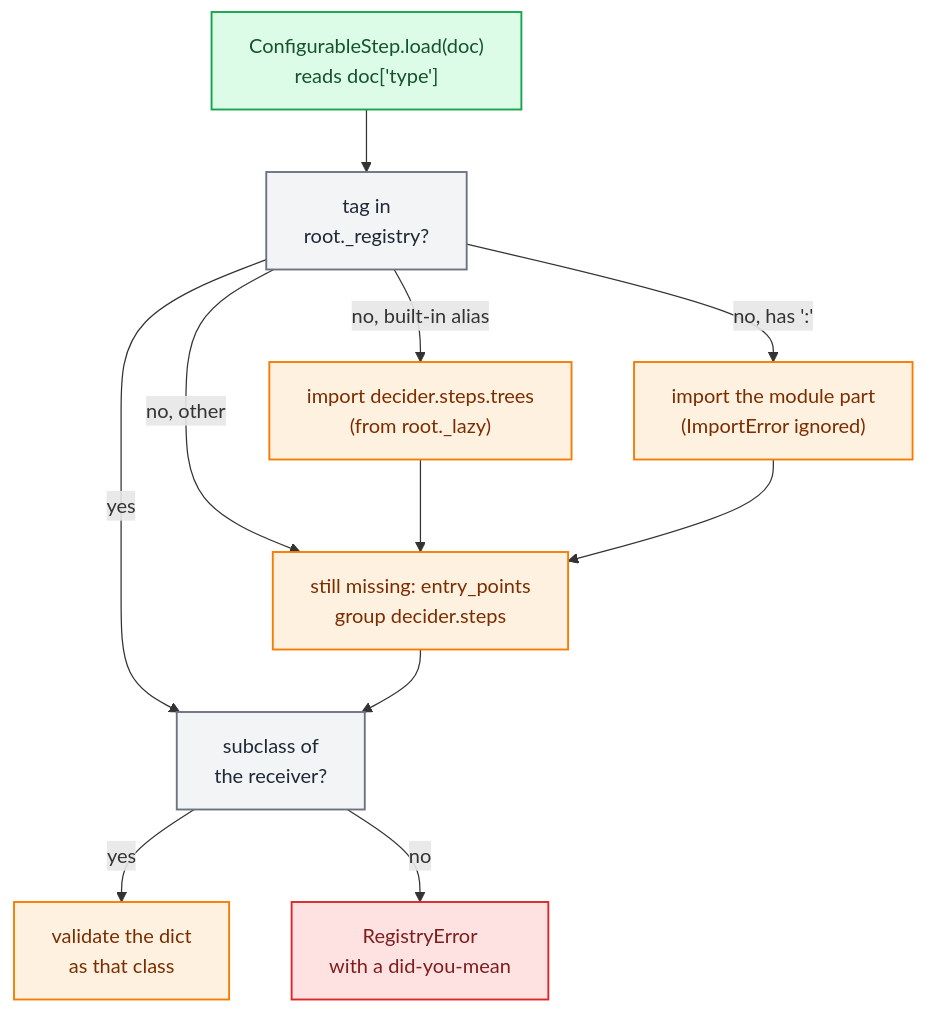
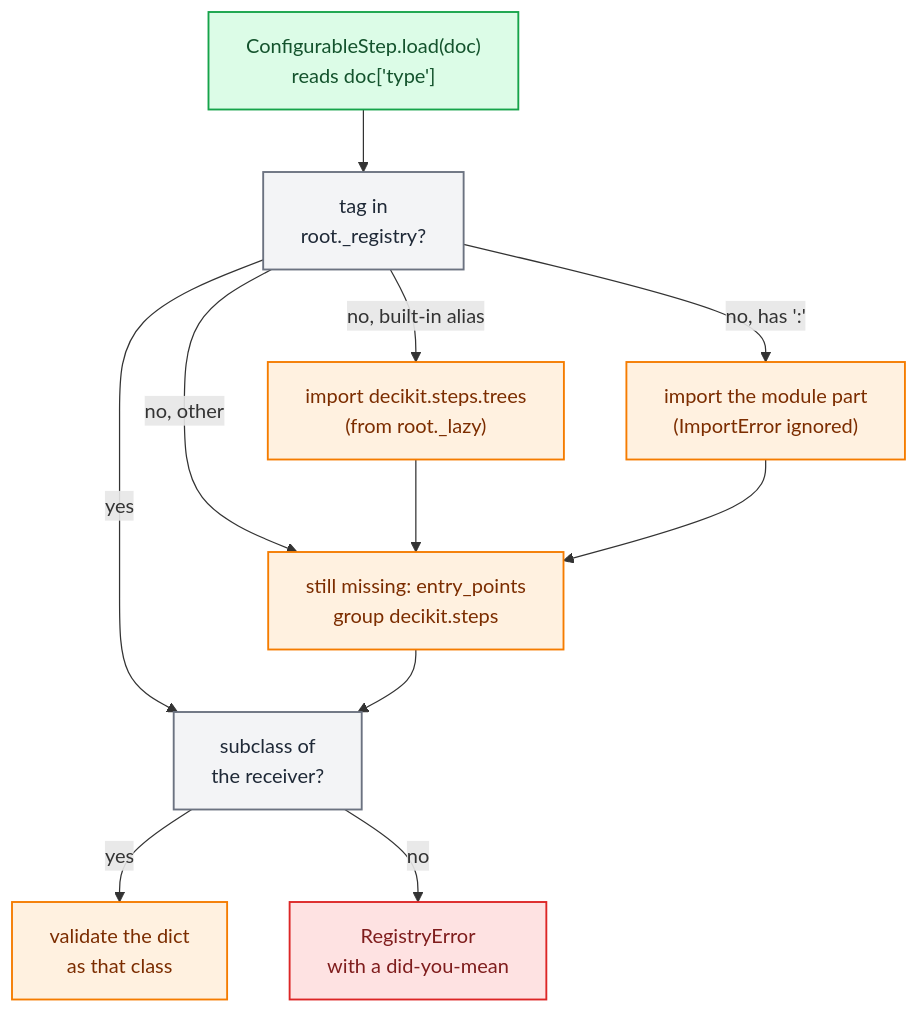
One commit to capitec/dsp-decision-engine changed the second of 2 diagrams in docs/architecture/configurable-steps/index.md. Above: the diagram before and after it, drawn with Mermaid. The commit also changed other lines of this file and 1292 other files, not shown here.

Commit message:
rename decider to decikit: package, CLI, DECIKIT_* settings, plugin, extension, docs prose says decider toolkit

````diff
--- a/docs/architecture/configurable-steps/index.md
+++ b/docs/architecture/configurable-steps/index.md
@@ -167,21 +167,21 @@
 ```mermaid
 flowchart TD
     load["ConfigurableStep.load(doc)<br/>reads doc['type']"] --> hit["tag in<br/>root._registry?"]
-    hit -- "no, built-in alias" --> imp1["import decider.steps.trees<br/>(from root._lazy)"]
+    hit -- "no, built-in alias" --> imp1["import decikit.steps.trees<br/>(from root._lazy)"]
     hit -- "no, has ':'" --> imp2["import the module part<br/>(ImportError ignored)"]
     hit -- "no, other" --> eps
-    imp1 --> eps["still missing: entry_points<br/>group decider.steps"]
+    imp1 --> eps["still missing: entry_points<br/>group decikit.steps"]
     imp2 --> eps
     hit -- yes --> sub["subclass of<br/>the receiver?"]
     eps --> sub
     sub -- yes --> cls["validate the dict<br/>as that class"]
     sub -- no --> err["RegistryError<br/>with a did-you-mean"]
     classDef data fill:#dcfce7,stroke:#16a34a,color:#14532d,stroke-width:1.5px;
     classDef neutral fill:#f3f4f6,stroke:#6b7280,color:#1f2937,stroke-width:1.5px;
     classDef authoring fill:#fff1e0,stroke:#f57c00,color:#7c2d00,stroke-width:1.5px;
     classDef error fill:#fee2e2,stroke:#dc2626,color:#7f1d1d,stroke-width:1.5px;
     class load data
     class hit,sub neutral
     class imp1,imp2,eps,cls authoring
     class err error
 ```
````
